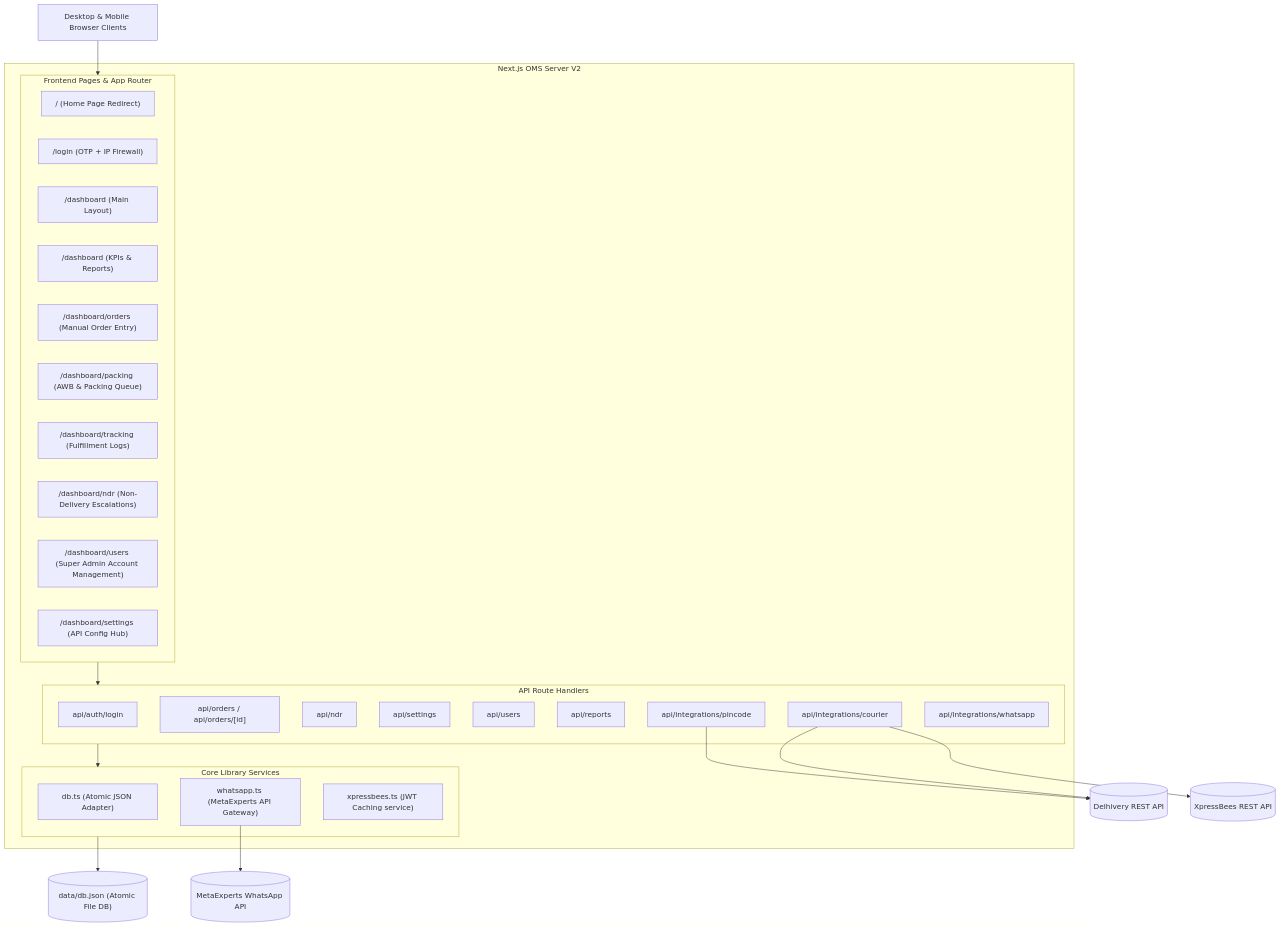
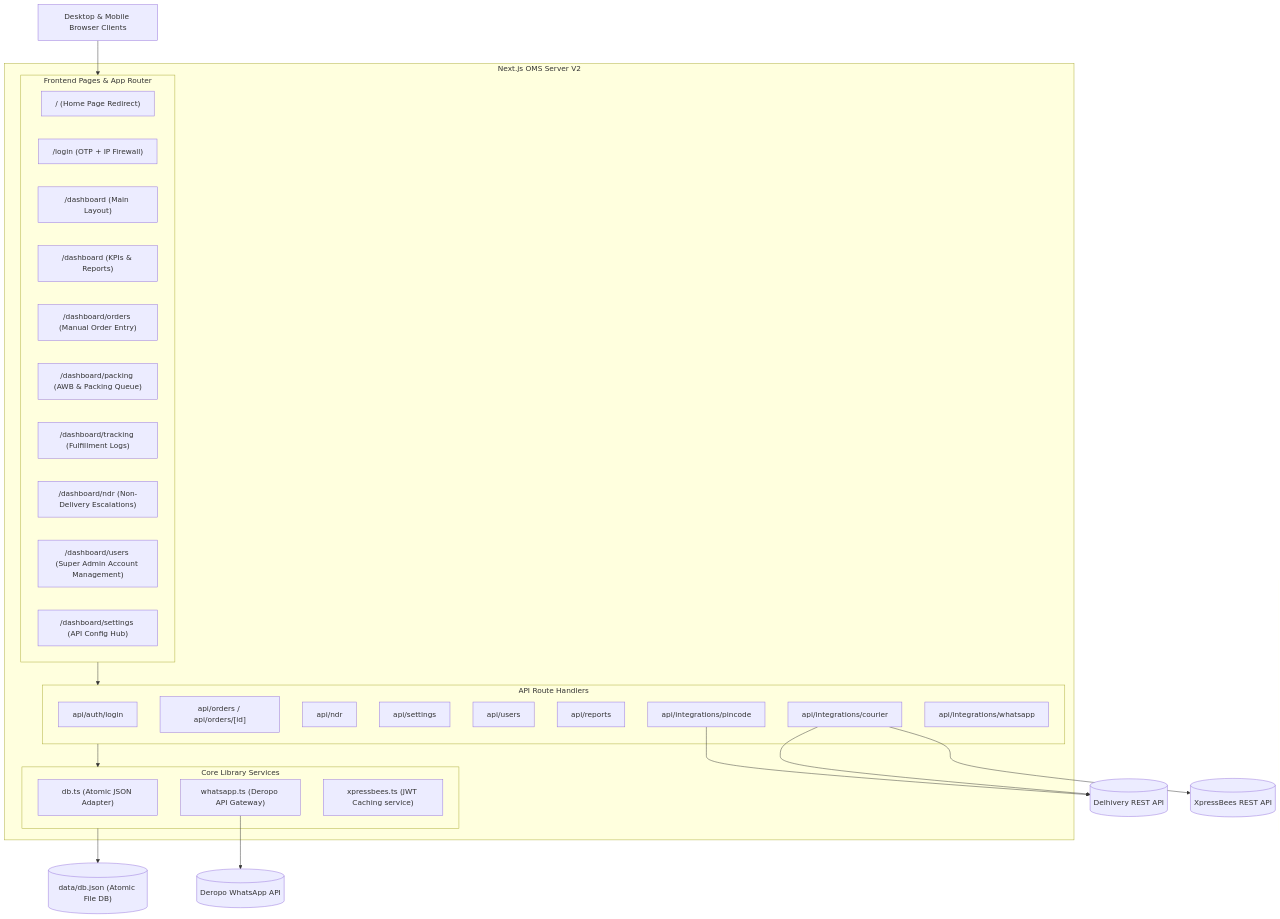
Before and after one commit to ashishsharma-dev/99Store-OMS: the first of 2 diagrams in DOCUMENTATION.md, drawn with Mermaid. The commit also changed other lines of this file and 2 other files, not shown here.

Commit message:
feat: Integrate Deropo WhatsApp API for notifications and OTPs

````diff
--- a/DOCUMENTATION.md
+++ b/DOCUMENTATION.md
@@ -11,55 +11,55 @@
 ```mermaid
 graph TD
     %% Clients
     Browser[Desktop & Mobile Browser Clients]
     
     %% Next.js Web Application
     subgraph NextJS_OMS ["Next.js OMS Server V2"]
         subgraph Frontend_Pages ["Frontend Pages & App Router"]
             Root["/ (Home Page Redirect)"]
             Login["/login (OTP + IP Firewall)"]
             DashboardLayout["/dashboard (Main Layout)"]
             DashboardPage["/dashboard (KPIs & Reports)"]
             OrdersPage["/dashboard/orders (Manual Order Entry)"]
             PackingPage["/dashboard/packing (AWB & Packing Queue)"]
             TrackingPage["/dashboard/tracking (Fulfillment Logs)"]
             NdrPage["/dashboard/ndr (Non-Delivery Escalations)"]
             UsersPage["/dashboard/users (Super Admin Account Management)"]
             SettingsPage["/dashboard/settings (API Config Hub)"]
         end
 
         subgraph Backend_APIs ["API Route Handlers"]
             API_Auth["api/auth/login"]
             API_Orders["api/orders / api/orders/[id]"]
             API_NDR["api/ndr"]
             API_Settings["api/settings"]
             API_Users["api/users"]
             API_Reports["api/reports"]
             API_Courier["api/integrations/courier"]
             API_Pincode["api/integrations/pincode"]
             API_WhatsApp["api/integrations/whatsapp"]
         end
 
         subgraph Core_Services ["Core Library Services"]
             DbAdapter["db.ts (Atomic JSON Adapter)"]
-            WhatsAppService["whatsapp.ts (MetaExperts API Gateway)"]
+            WhatsAppService["whatsapp.ts (Deropo API Gateway)"]
             XpressBeesAuth["xpressbees.ts (JWT Caching service)"]
         end
     end
 
     %% Database & External APIs
     JsonDb[("data/db.json (Atomic File DB)")]
-    MetaExperts[("MetaExperts WhatsApp API")]
+    Deropo[("Deropo WhatsApp API")]
     DelhiveryAPI[("Delhivery REST API")]
     XpressBeesAPI[("XpressBees REST API")]
 
     %% Connections
     Browser --> Frontend_Pages
     Frontend_Pages --> Backend_APIs
     Backend_APIs --> Core_Services
     Core_Services --> JsonDb
     API_Courier --> DelhiveryAPI
     API_Courier --> XpressBeesAPI
     API_Pincode --> DelhiveryAPI
-    WhatsAppService --> MetaExperts
+    WhatsAppService --> Deropo
 ```
````
